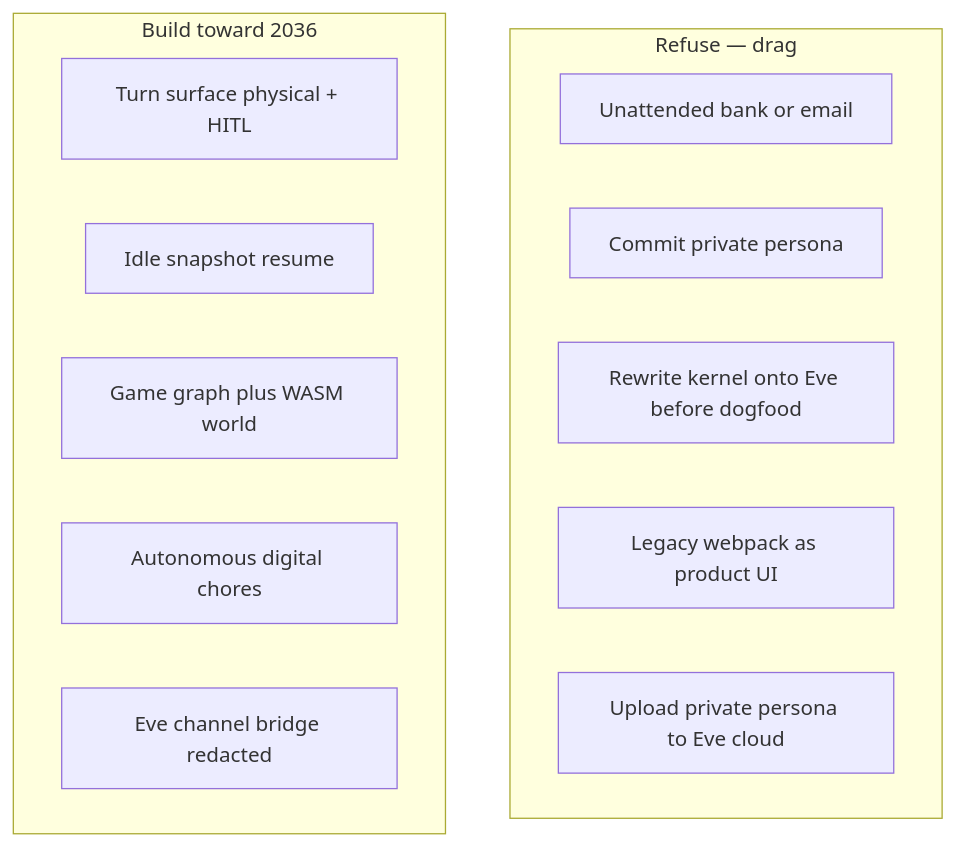
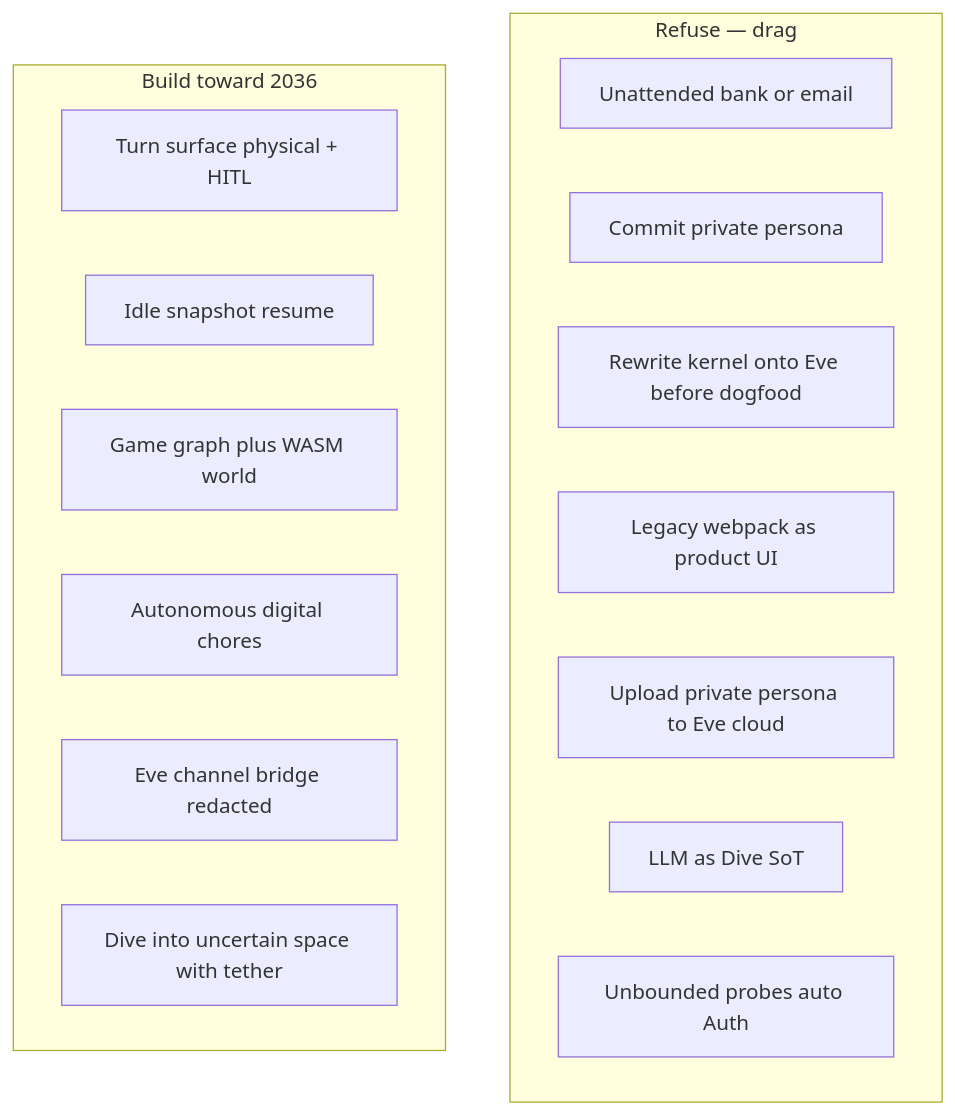
Before and after one commit to thecuriousts/ensembly: the fifth of 16 diagrams in docs/arch-design/coming-next.md, drawn with Mermaid. The commit also changed other lines of this file and 5 other files, not shown here.

````diff
--- a/docs/arch-design/coming-next.md
+++ b/docs/arch-design/coming-next.md
@@ -181,17 +193,20 @@
 ```mermaid
 flowchart TD
   subgraph avoid["Refuse — drag"]
     A1[Unattended bank or email]
     A2[Commit private persona]
     A3[Rewrite kernel onto Eve before dogfood]
     A4[Legacy webpack as product UI]
     A5[Upload private persona to Eve cloud]
+    A6[LLM as Dive SoT]
+    A7[Unbounded probes auto Auth]
   end
   subgraph build["Build toward 2036"]
     B1[Turn surface physical + HITL]
     B2[Idle snapshot resume]
     B3[Game graph plus WASM world]
     B4[Autonomous digital chores]
     B5[Eve channel bridge redacted]
+    B6[Dive into uncertain space with tether]
   end
 ```
````
